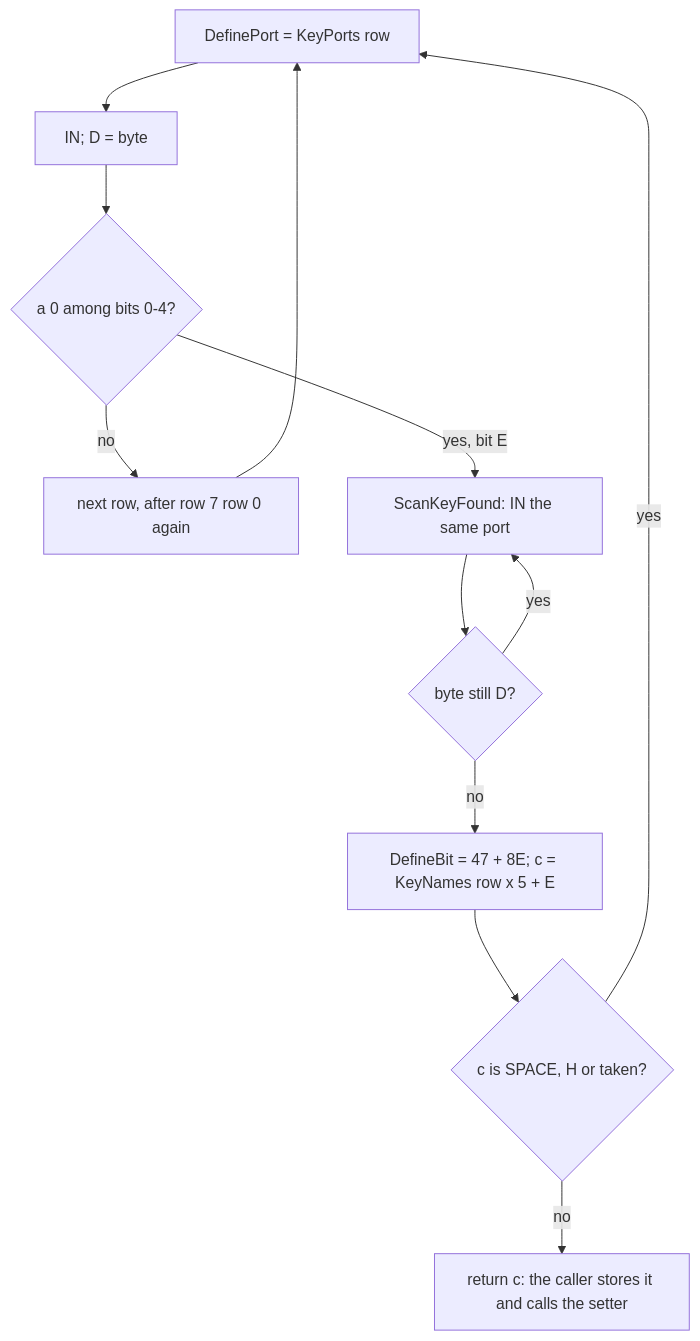
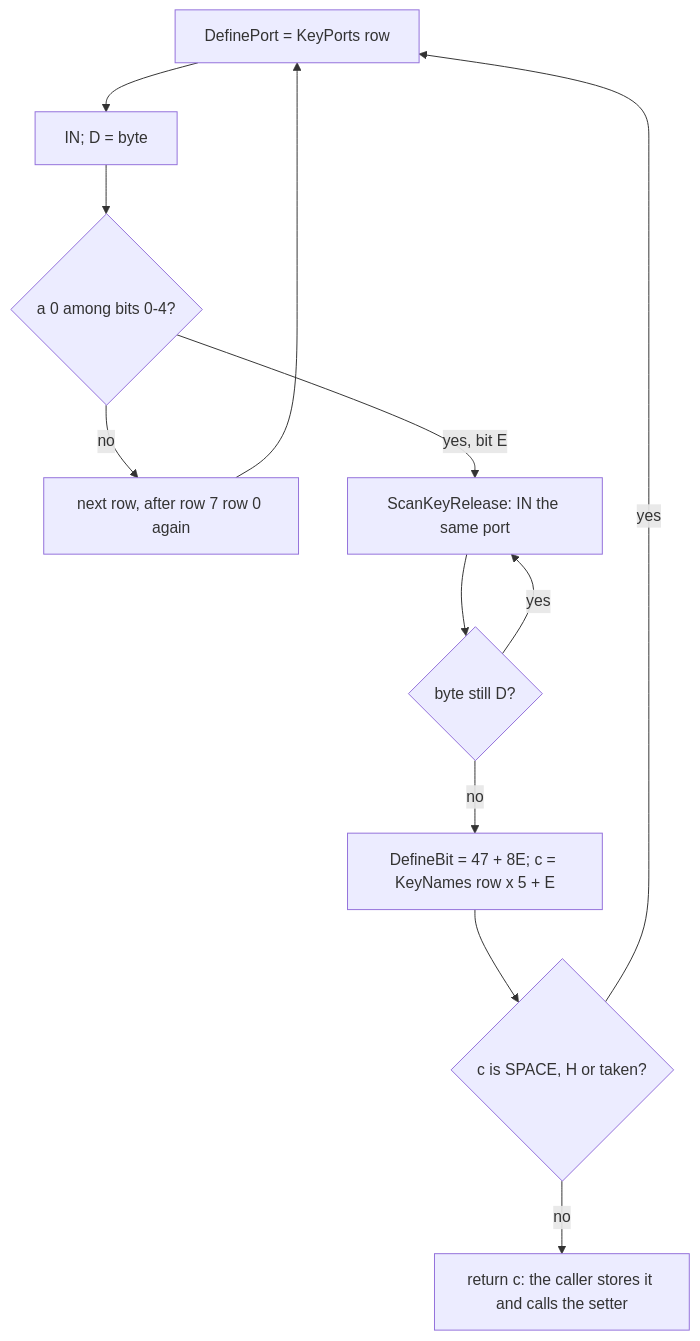
The fourth of 9 diagrams in games/rex/docs/05-controls.md (alfishe/unrealng-reverse-cases), drawn with Mermaid before and after one commit. The commit also changed other lines of this file and 98 other files, not shown here.

````diff
--- a/games/rex/docs/05-controls.md
+++ b/games/rex/docs/05-controls.md
@@ -406,14 +406,14 @@
 ```mermaid
 flowchart TD
     A[DefinePort = KeyPorts row] --> B[IN; D = byte]
     B --> C{a 0 among bits 0-4?}
     C -- no --> D[next row, after row 7 row 0 again]
     D --> A
-    C -- yes, bit E --> E[ScanKeyFound: IN the same port]
+    C -- yes, bit E --> E[ScanKeyRelease: IN the same port]
     E --> F{byte still D?}
     F -- yes --> E
     F -- no --> G[DefineBit = 47 + 8E; c = KeyNames row x 5 + E]
     G --> H{c is SPACE, H or taken?}
     H -- yes --> A
     H -- no --> I[return c: the caller stores it and calls the setter]
 ```
````
